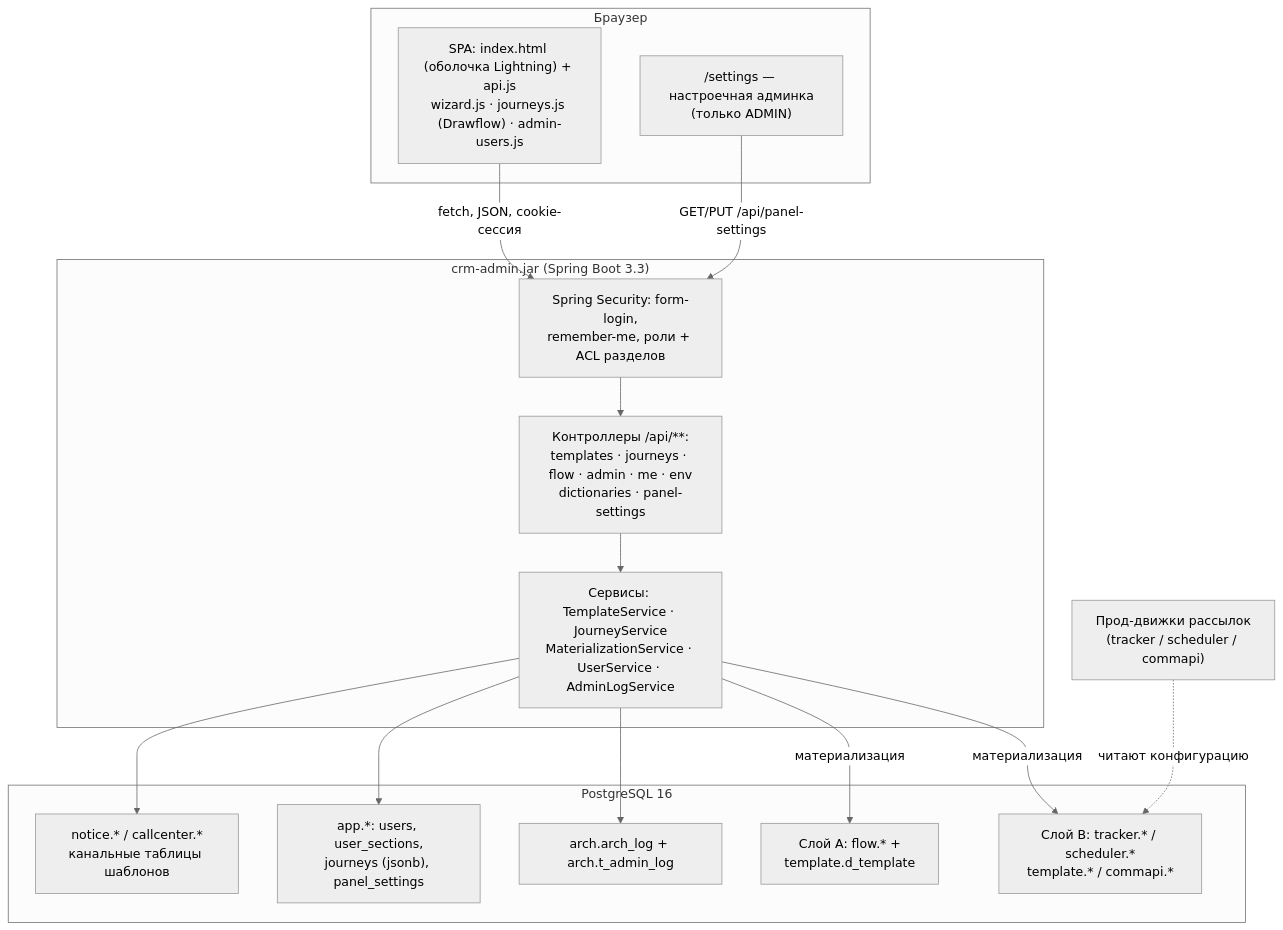
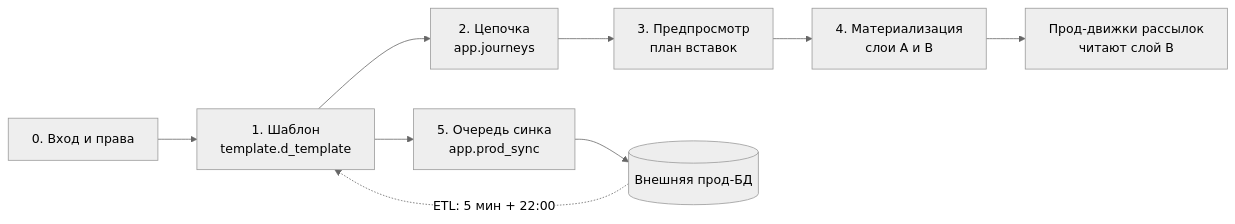
Before and after one commit to AlexRaisky/crm.banki.ru: the diagram in crm-admin/docs/Флоу системы.md, drawn with Mermaid (neutral theme). The commit also changed other lines of this file and 27 other files, not shown here.

````diff
--- a/crm-admin/docs/Флоу системы.md
+++ b/crm-admin/docs/Флоу системы.md
@@ -15,25 +11,11 @@
 ```mermaid
-flowchart TB
-    subgraph Browser["Браузер"]
-        SPA["SPA: index.html (оболочка Lightning) + api.js<br/>wizard.js · journeys.js (Drawflow) · admin-users.js"]
-        SET["/settings — настроечная админка<br/>(только ADMIN)"]
-    end
-    subgraph App["crm-admin.jar (Spring Boot 3.3)"]
-        SEC["Spring Security: form-login,<br/>remember-me, роли + ACL разделов"]
-        CTRL["Контроллеры /api/**:<br/>templates · journeys · flow · admin · me · env<br/>dictionaries · panel-settings"]
-        SVC["Сервисы: TemplateService · JourneyService<br/>MaterializationService · UserService · AdminLogService"]
-    end
-    subgraph PG["PostgreSQL 16"]
-        TPL["notice.* / callcenter.*<br/>канальные таблицы шаблонов"]
-        APPT["app.*: users, user_sections,<br/>journeys (jsonb), panel_settings"]
-        LA["Слой A: flow.* +<br/>template.d_template"]
-        LB["Слой B: tracker.* / scheduler.*<br/>template.* / commapi.*"]
-        LOGS["arch.arch_log + arch.t_admin_log"]
-    end
-    ENG["Прод-движки рассылок<br/>(tracker / scheduler / commapi)"]
-    SPA -->|"fetch, JSON, cookie-сессия"| SEC --> CTRL --> SVC
-    SET -->|"GET/PUT /api/panel-settings"| SEC
-    SVC --> TPL & APPT & LOGS
-    SVC -->|"материализация"| LA & LB
-    ENG -.->|"читают конфигурацию"| LB
+flowchart LR
+    L["0. Вход и права"] --> T["1. Шаблон<br/>template.d_template"]
+    T --> J["2. Цепочка<br/>app.journeys"]
+    J --> P["3. Предпросмотр<br/>план вставок"]
+    P --> M["4. Материализация<br/>слои A и B"]
+    M --> ENG["Прод-движки рассылок<br/>читают слой B"]
+    T --> Q["5. Очередь синка<br/>app.prod_sync"]
+    Q --> PROD[("Внешняя прод-БД")]
+    PROD -.->|"ETL: 5 мин + 22:00"| T
 ```
````
